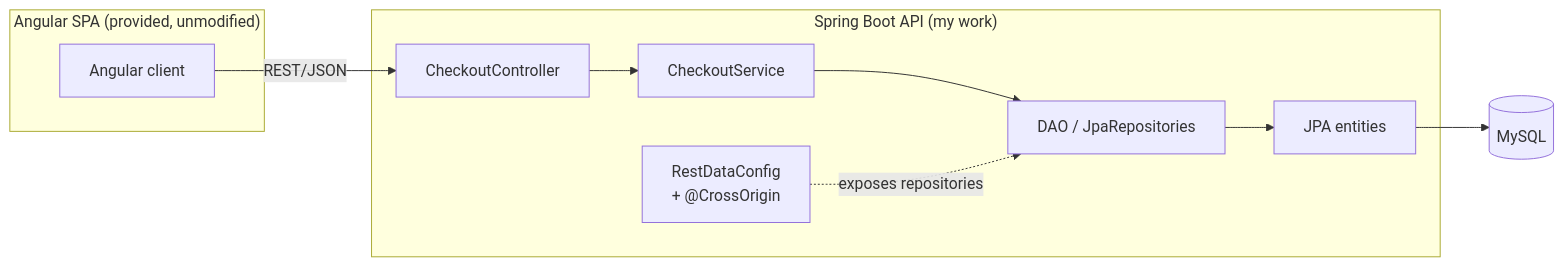
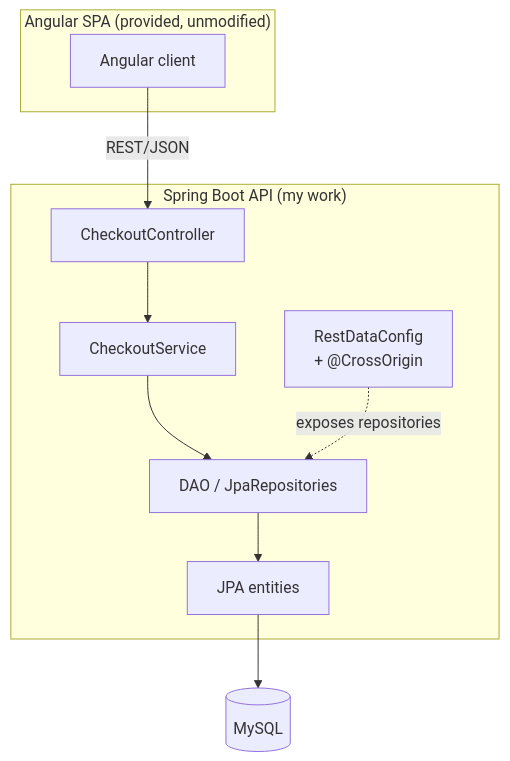
The diagram in src/content/readmes/coursework-portfolio/vacation-booking-platform.md (jdtherobot/jdtherobot.github.io), drawn with Mermaid before and after one commit. The commit also changed 15 other files, not shown here.

````diff
--- a/src/content/readmes/coursework-portfolio/vacation-booking-platform.md
+++ b/src/content/readmes/coursework-portfolio/vacation-booking-platform.md
@@ -25,17 +25,17 @@
 ```mermaid
-flowchart LR
+flowchart TB
     subgraph FE["Angular SPA (provided, unmodified)"]
       NG[Angular client]
     end
     subgraph BE["Spring Boot API (my work)"]
       CTL[CheckoutController]
       SL[CheckoutService]
       DAO[DAO / JpaRepositories]
       ENT[JPA entities]
       CFG[RestDataConfig<br/>+ @CrossOrigin]
     end
     DB[(MySQL)]
     NG -- REST/JSON --> CTL
     CTL --> SL --> DAO --> ENT --> DB
     CFG -. exposes repositories .-> DAO
 ```
````
